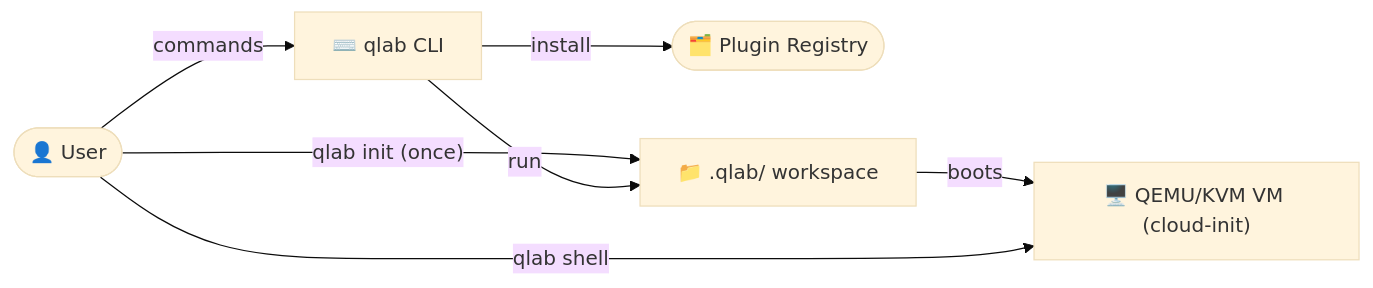
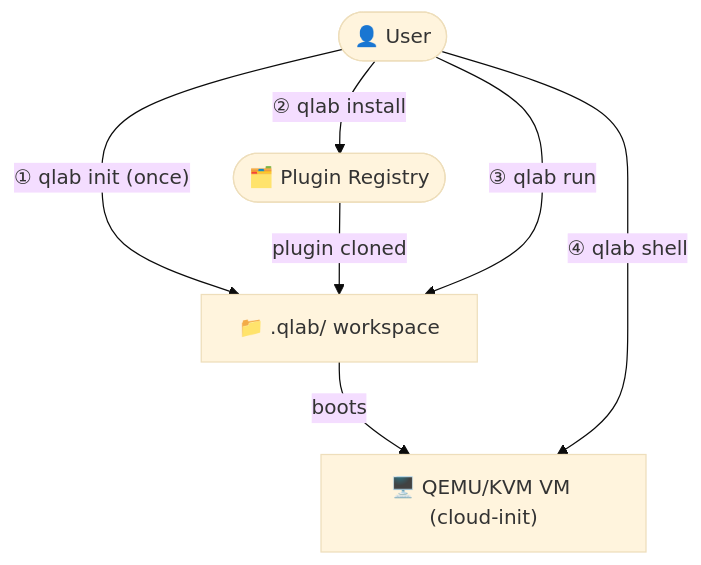
The first of 2 diagrams in README.md (manzolo/qlab), drawn with Mermaid (base theme) before and after one commit.

Commit message:
docs: simplify How It Works diagram — numbered steps, no CLI middleman node

````diff
--- a/README.md
+++ b/README.md
@@ -16,15 +16,12 @@
 ```mermaid
-flowchart LR
-    User(["👤 User"])
-    CLI["⌨️ qlab CLI"]
-    Registry(["🗂️ Plugin Registry"])
+flowchart TD
+    U(["👤 User"])
+    R(["🗂️ Plugin Registry"])
     WS["📁 .qlab/ workspace"]
     VM["🖥️ QEMU/KVM VM (cloud-init)"]
 
-    User -->|"qlab init (once)"| WS
-    User -->|"commands"| CLI
-    CLI -->|"install"| Registry
-    CLI -->|"run"| WS
-    WS -->|"boots"| VM
-    User -->|"qlab shell"| VM
+    U -->|"① qlab init (once)"| WS
+    U -->|"② qlab install"| R -->|"plugin cloned"| WS
+    U -->|"③ qlab run"| WS -->|"boots"| VM
+    U -->|"④ qlab shell"| VM
 ```
````
